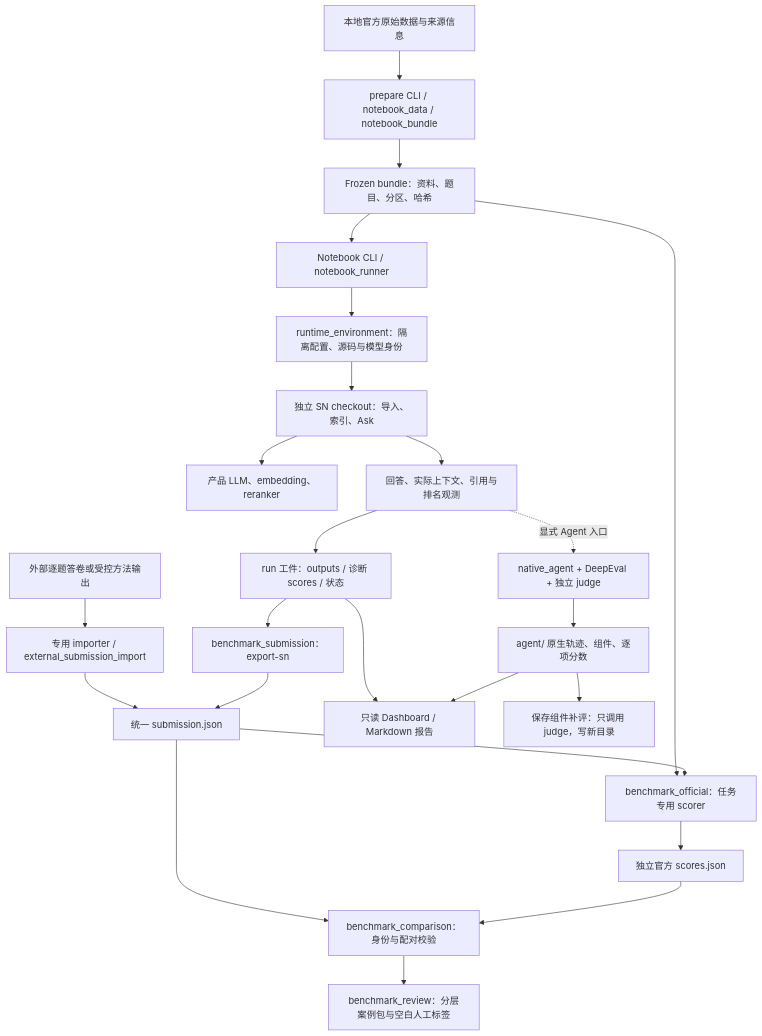
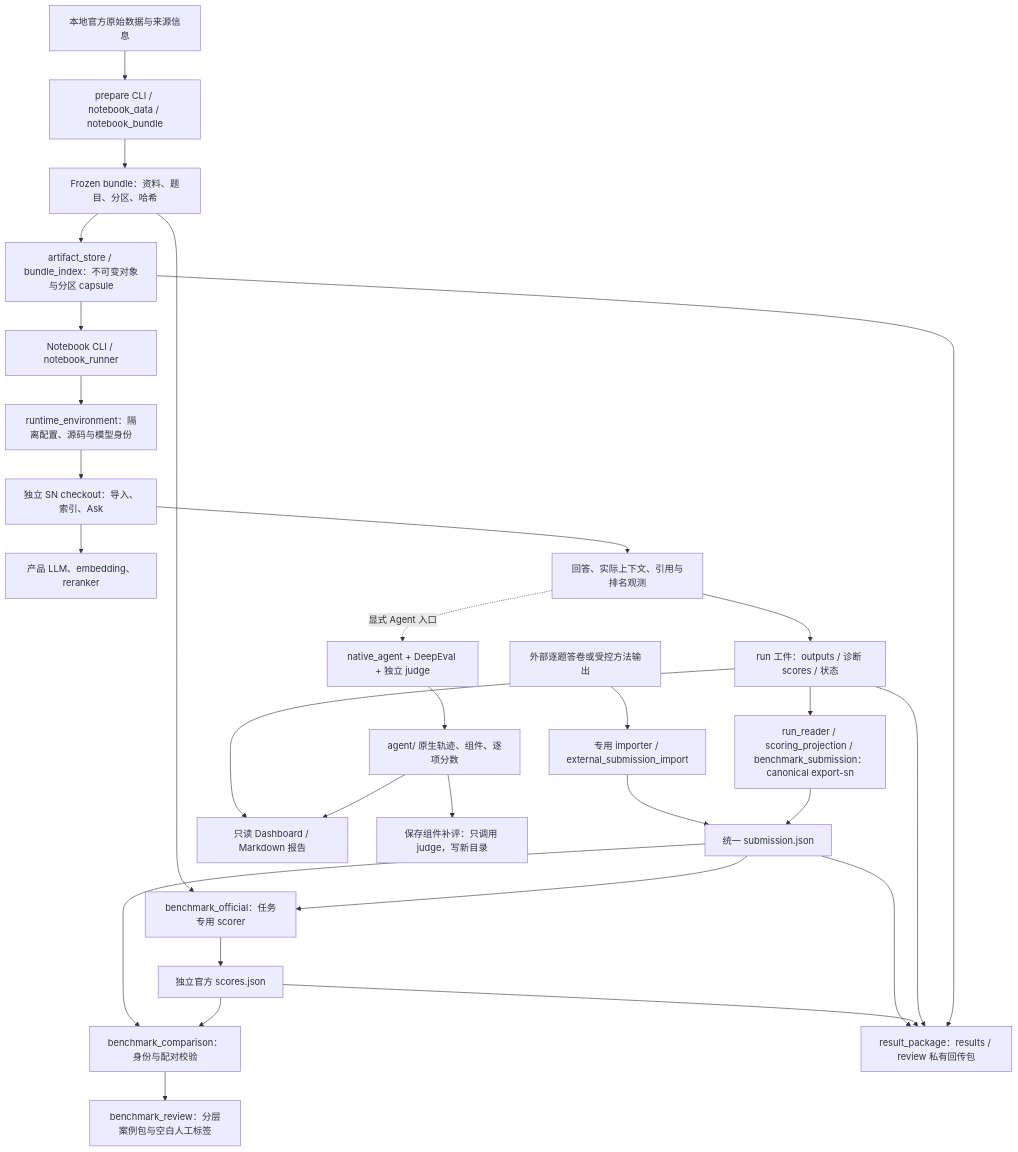
Before and after one commit to Xi0ng-Jun/SN_benchmark: the diagram in ARCHITECTURE_CURRENT.md, drawn with Mermaid. The commit also changed other lines of this file and 42 other files, not shown here.

Commit message:
perf: share immutable benchmark artifacts and streamline result exports

````diff
--- a/ARCHITECTURE_CURRENT.md
+++ b/ARCHITECTURE_CURRENT.md
@@ -29,26 +29,31 @@
 ```mermaid
 flowchart TD
     Raw["本地官方原始数据与来源信息"] --> Freeze["prepare CLI / notebook_data / notebook_bundle"]
     Freeze --> Bundle["Frozen bundle：资料、题目、分区、哈希"]
-    Bundle --> Run["Notebook CLI / notebook_runner"]
+    Bundle --> Store["artifact_store / bundle_index：不可变对象与分区 capsule"]
+    Store --> Run["Notebook CLI / notebook_runner"]
     Run --> Runtime["runtime_environment：隔离配置、源码与模型身份"]
     Runtime --> SN["独立 SN checkout：导入、索引、Ask"]
     SN --> Models["产品 LLM、embedding、reranker"]
     SN --> Obs["回答、实际上下文、引用与排名观测"]
     Obs --> Runs["run 工件：outputs / 诊断 scores / 状态"]
     Obs -. "显式 Agent 入口" .-> Native["native_agent + DeepEval + 独立 judge"]
     Native --> NativeFiles["agent/ 原生轨迹、组件、逐项分数"]
-    Runs --> Export["benchmark_submission：export-sn"]
+    Runs --> Export["run_reader / scoring_projection / benchmark_submission：canonical export-sn"]
     Public["外部逐题答卷或受控方法输出"] --> Import["专用 importer / external_submission_import"]
     Import --> Submission["统一 submission.json"]
     Export --> Submission
     Bundle --> Official["benchmark_official：任务专用 scorer"]
     Submission --> Official
     Official --> Scores["独立官方 scores.json"]
     Submission --> Compare["benchmark_comparison：身份与配对校验"]
     Scores --> Compare
     Compare --> Review["benchmark_review：分层案例包与空白人工标签"]
     Runs --> Dashboard["只读 Dashboard / Markdown 报告"]
     NativeFiles --> Dashboard
     NativeFiles --> Rescore["保存组件补评：只调用 judge，写新目录"]
+    Submission --> Package["result_package：results / review 私有回传包"]
+    Scores --> Package
+    Runs --> Package
+    Store --> Package
 ```
````
